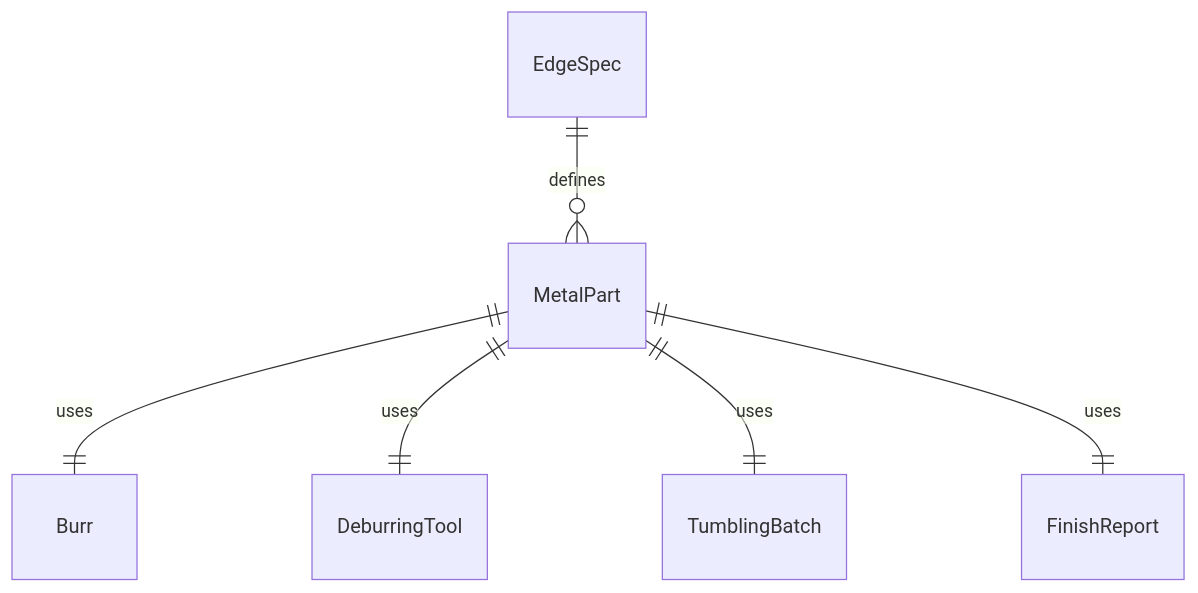
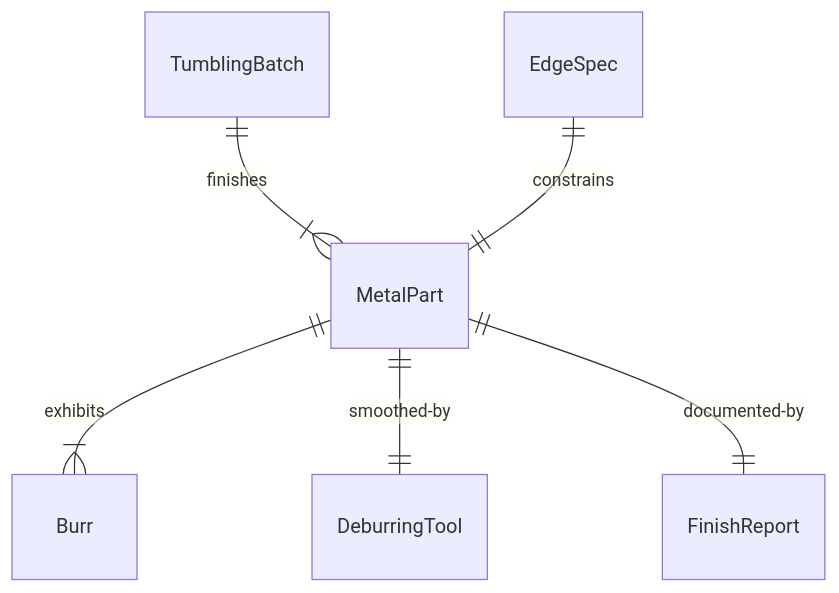
One commit to dot-org-ai/tasks.org.ai changed the first of 4 diagrams in HandlingAndMovingObjects/SmoothSurfacesOfObjectsOrEquipment/SmoothMetalSurfacesEdges.mdx. Above: the diagram before and after it, drawn with Mermaid. The commit also changed other lines of this file and 515 other files, not shown here.

````diff
--- a/HandlingAndMovingObjects/SmoothSurfacesOfObjectsOrEquipment/SmoothMetalSurfacesEdges.mdx
+++ b/HandlingAndMovingObjects/SmoothSurfacesOfObjectsOrEquipment/SmoothMetalSurfacesEdges.mdx
@@ -85,8 +85,8 @@
 ```mermaid
 erDiagram
-    MetalPart ||--|| Burr : "uses"
-    MetalPart ||--|| DeburringTool : "uses"
-    MetalPart ||--|| TumblingBatch : "uses"
-    EdgeSpec ||--o{ MetalPart : "defines"
-    MetalPart ||--|| FinishReport : "uses"
+    MetalPart ||--|{ Burr : "exhibits"
+    MetalPart ||--|| DeburringTool : "smoothed-by"
+    TumblingBatch ||--|{ MetalPart : "finishes"
+    EdgeSpec ||--|| MetalPart : "constrains"
+    MetalPart ||--|| FinishReport : "documented-by"
 ```
````
